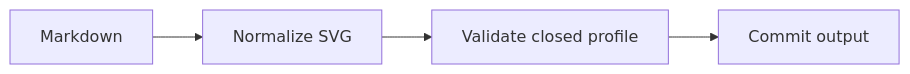
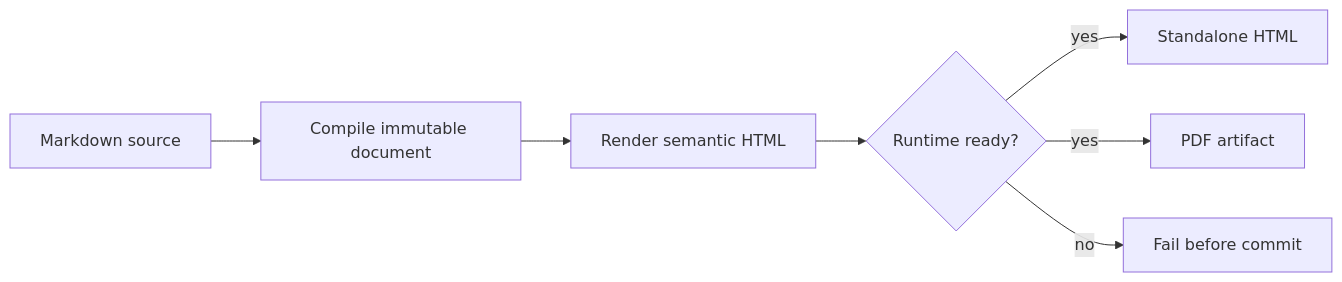
The first of 2 diagrams in testdata/markdown/slices/05-mermaid-profile.md (araihu/margo), drawn with Mermaid before and after one commit. The commit also changed other lines of this file and 3 other files, not shown here.

````diff
--- a/testdata/markdown/slices/05-mermaid-profile.md
+++ b/testdata/markdown/slices/05-mermaid-profile.md
@@ -59,6 +59,9 @@
 ```mermaid
 flowchart LR
-    source[Markdown] --> normalize[Normalize SVG]
-    normalize --> validate[Validate closed profile]
-    validate --> commit[Commit output]
+    source[Markdown source] --> compile[Compile immutable document]
+    compile --> render[Render semantic HTML]
+    render --> ready{Runtime ready?}
+    ready -->|yes| html[Standalone HTML]
+    ready -->|yes| pdf[PDF artifact]
+    ready -->|no| fail[Fail before commit]
 ```
````
